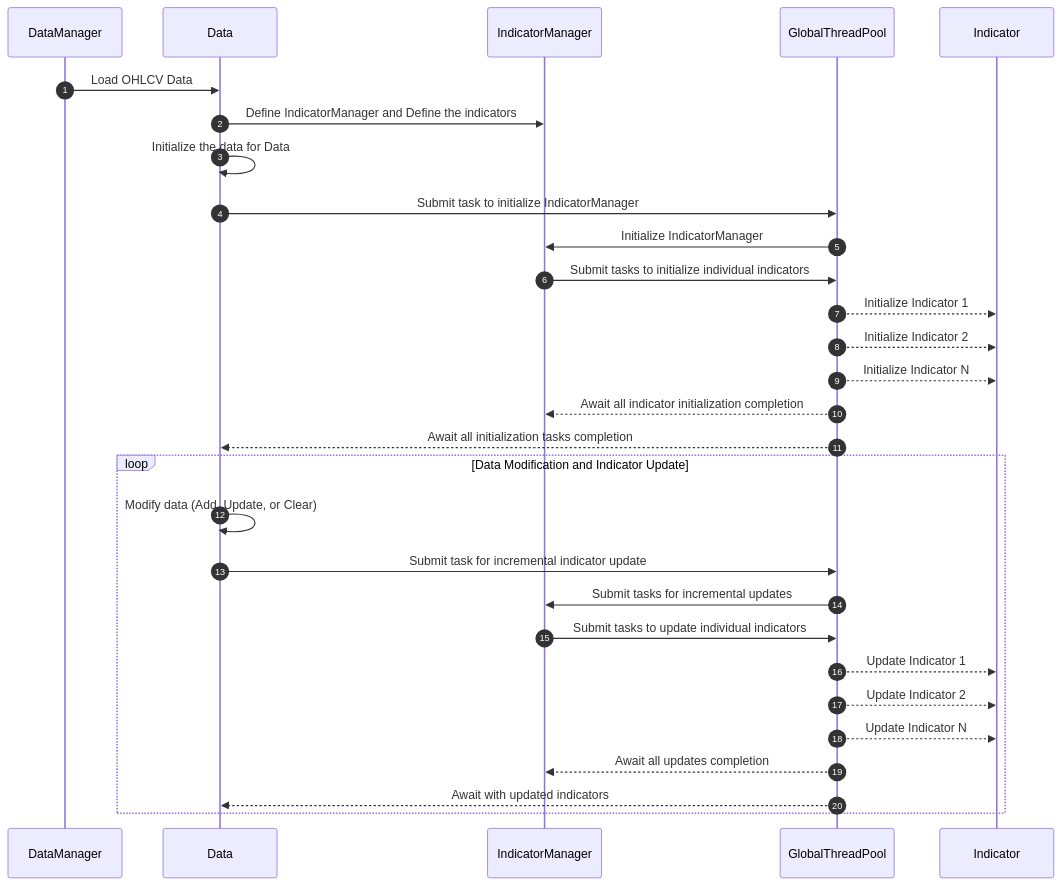
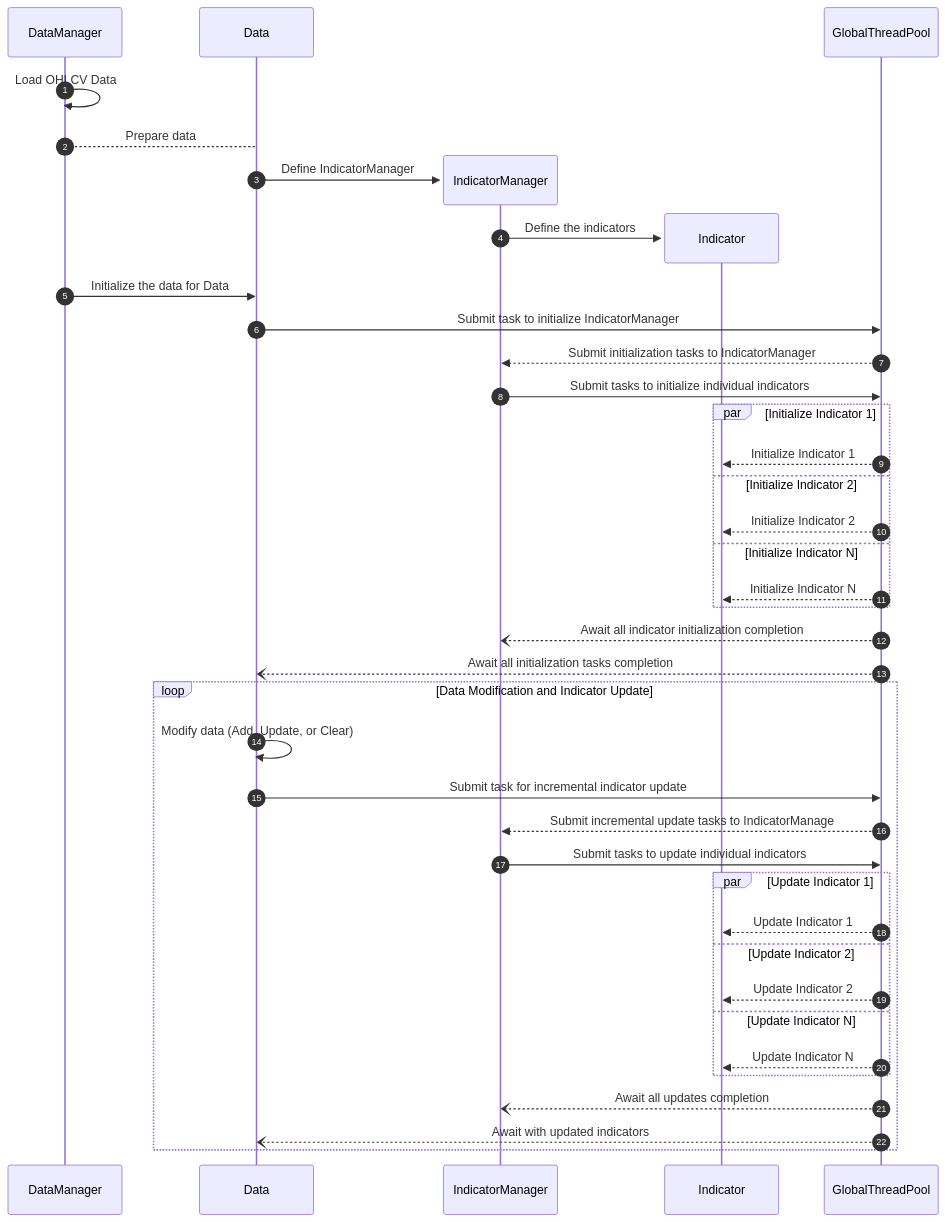
Before and after one commit to Qntx/quanta: the second of 2 diagrams in docs/framework/sigmata/usage.md, drawn with Mermaid. The commit also changed other lines of this file and 2 other files, not shown here.

````diff
--- a/docs/framework/sigmata/usage.md
+++ b/docs/framework/sigmata/usage.md
@@ -47,28 +39,38 @@
-```mermaid
-sequenceDiagram
-  autonumber
-  DataManager->>Data: Load OHLCV Data
-  Data->>IndicatorManager: Define IndicatorManager and Define the indicators
-  Data->>Data: Initialize the data for Data
-  Data->>GlobalThreadPool: Submit task to initialize IndicatorManager
-  GlobalThreadPool->>IndicatorManager: Initialize IndicatorManager
-  IndicatorManager->>GlobalThreadPool: Submit tasks to initialize individual indicators
-  GlobalThreadPool-->>Indicator: Initialize Indicator 1
-  GlobalThreadPool-->>Indicator: Initialize Indicator 2
-  GlobalThreadPool-->>Indicator: Initialize Indicator N
-  GlobalThreadPool-->>IndicatorManager: Await all indicator initialization completion
-  GlobalThreadPool-->>Data: Await all initialization tasks completion
-  
-  loop Data Modification and Indicator Update
-      Data->>Data: Modify data (Add, Update, or Clear)
-      Data->>GlobalThreadPool: Submit task for incremental indicator update
-      GlobalThreadPool->>IndicatorManager: Submit tasks for incremental updates
-      IndicatorManager->>GlobalThreadPool: Submit tasks to update individual indicators
-      GlobalThreadPool-->>Indicator: Update Indicator 1
-      GlobalThreadPool-->>Indicator: Update Indicator 2
-      GlobalThreadPool-->>Indicator: Update Indicator N
-      GlobalThreadPool-->>IndicatorManager: Await all updates completion
-      GlobalThreadPool-->>Data: Await with updated indicators
-  end
-
-```
+    ```mermaid
+    sequenceDiagram
+      autonumber
+      DataManager->>DataManager: Load OHLCV Data
+      DataManager-->Data: Prepare data
+      create participant IndicatorManager
+      Data->>IndicatorManager: Define IndicatorManager
+      create participant Indicator
+      IndicatorManager->>Indicator: Define the indicators
+      DataManager->>Data: Initialize the data for Data
+      Data->>GlobalThreadPool: Submit task to initialize IndicatorManager
+      GlobalThreadPool-->>IndicatorManager: Submit initialization tasks to IndicatorManager
+      IndicatorManager->>GlobalThreadPool: Submit tasks to initialize individual indicators
+      par Initialize Indicator 1
+          GlobalThreadPool-->>Indicator: Initialize Indicator 1
+      and Initialize Indicator 2
+          GlobalThreadPool-->>Indicator: Initialize Indicator 2
+      and Initialize Indicator N
+          GlobalThreadPool-->>Indicator: Initialize Indicator N
+      end
+      GlobalThreadPool--)IndicatorManager: Await all indicator initialization completion
+      GlobalThreadPool--)Data: Await all initialization tasks completion
+      loop Data Modification and Indicator Update
+          Data->>Data: Modify data (Add, Update, or Clear)
+          Data->>GlobalThreadPool: Submit task for incremental indicator update
+          GlobalThreadPool-->>IndicatorManager: Submit incremental update tasks to IndicatorManage
+          IndicatorManager->>GlobalThreadPool: Submit tasks to update individual indicators
+          par Update Indicator 1
+              GlobalThreadPool-->>Indicator: Update Indicator 1
+          and Update Indicator 2
+              GlobalThreadPool-->>Indicator: Update Indicator 2
+          and Update Indicator N
+              GlobalThreadPool-->>Indicator: Update Indicator N
+          end
+          GlobalThreadPool--)IndicatorManager: Await all updates completion
+          GlobalThreadPool--)Data: Await with updated indicators
+      end
+    ```
````
